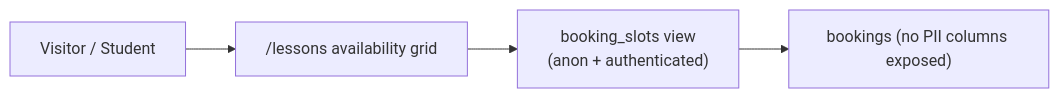
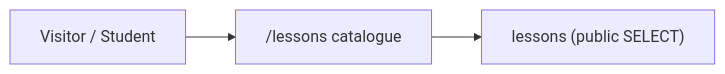
One commit to AGCPadelAcademy/web_application changed the sixth of 7 diagrams in specs/baseline-system/design.md. Above: the diagram before and after it, drawn with Mermaid. The commit also changed other lines of this file and 12 other files, not shown here.

````diff
--- a/specs/baseline-system/design.md
+++ b/specs/baseline-system/design.md
@@ -277,6 +279,5 @@
 ```mermaid
 flowchart LR
-  Visitor["Visitor / Student"] --> Grid["/lessons availability grid"]
-  Grid --> View["booking_slots view\n(anon + authenticated)"]
-  View --> Bookings["bookings (no PII columns exposed)"]
+  Visitor["Visitor / Student"] --> Catalogue["/lessons catalogue"]
+  Catalogue --> Lessons["lessons (public SELECT)"]
 ```
````
